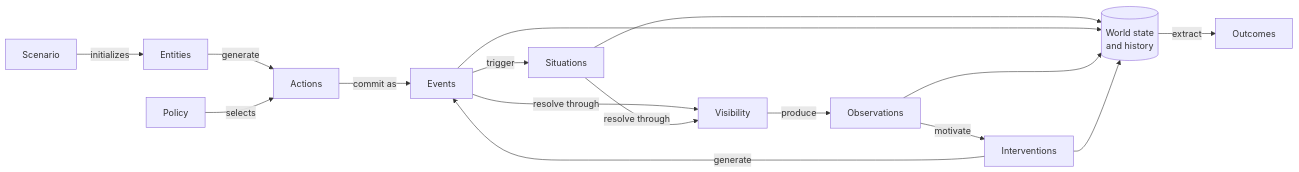
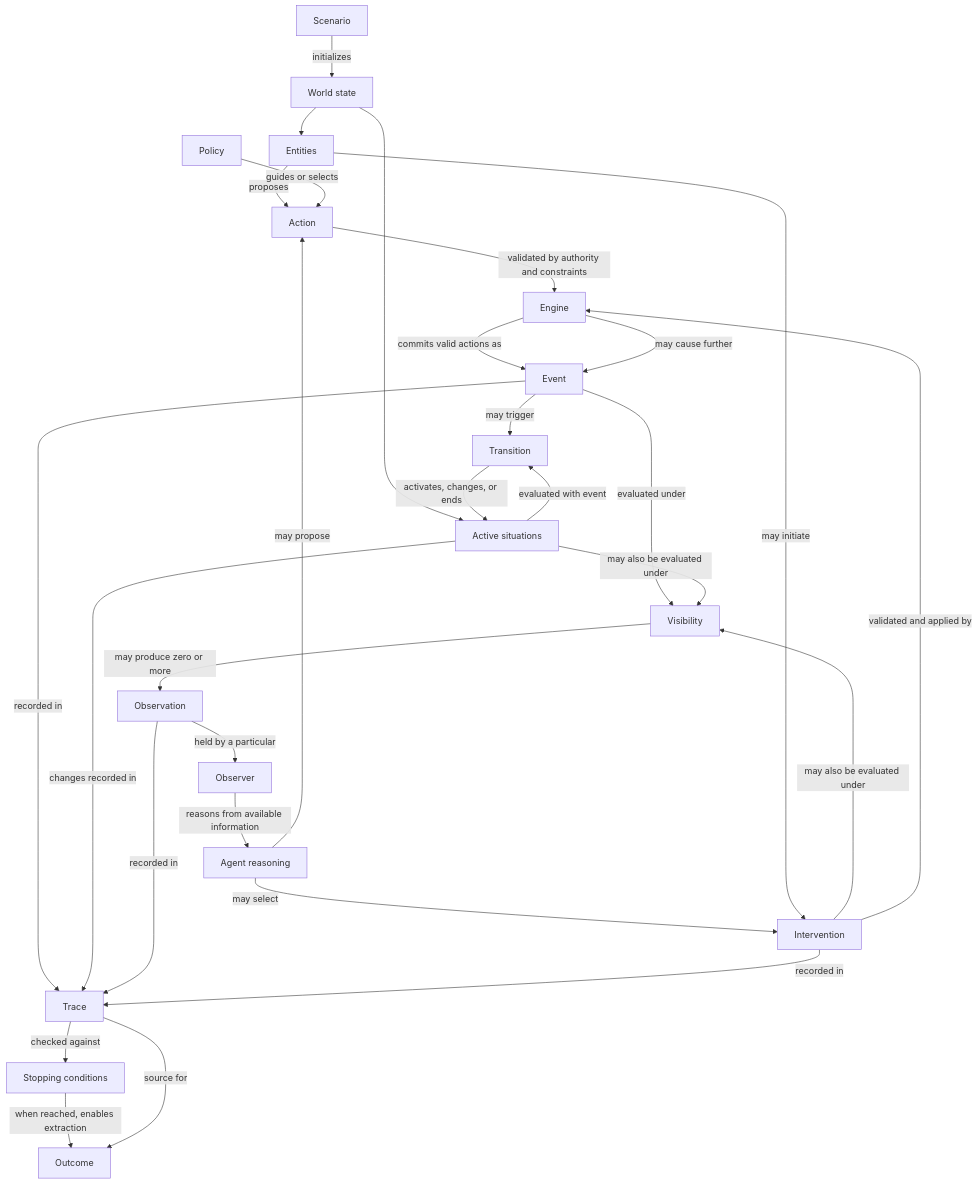
One commit to alfredo-cuesta-i/TUD_LORE_ChildProtection changed the diagram in abstraction/abstraction.md. Above: the diagram before and after it, drawn with Mermaid. The commit also changed other lines of this file and 4 other files, not shown here.

Commit message:
a new scenario for stranger secrecy escalation and a knowledge gap post intervention follow up

````diff
--- a/abstraction/abstraction.md
+++ b/abstraction/abstraction.md
@@ -9,18 +9,34 @@
 ```mermaid
-flowchart LR
-    S[Scenario] -->|initializes| E[Entities]
-    E -->|generate| A[Actions]
-    P[Policy] -->|selects| A
-    A -->|commit as| EV[Events]
-    EV -->|trigger| ST[Situations]
-    EV -->|resolve through| V[Visibility]
-    ST -->|resolve through| V
-    V -->|produce| O[Observations]
-    O -->|motivate| I[Interventions]
-    I -->|generate| EV
-    ST --> H[(World state\nand history)]
-    EV --> H
-    O --> H
-    I --> H
-    H -->|extract| OUT[Outcomes]
+flowchart TD
+    Scenario -->|initializes| WorldState[World state]
+    WorldState --> Entity[Entities]
+    WorldState --> Situation[Initial situations]
+    Entity -->|proposes| Action
+    Policy -->|guides or selects| Action
+    Action -->|validated by authority and constraints| Engine
+    Engine -->|commits valid actions as| Event
+
+    Event -->|may trigger| Transition
+    Situation[Active situations] -->|evaluated with event| Transition
+    Transition -->|activates, changes, or ends| Situation
+
+    Event -->|evaluated under| Visibility
+    Situation -->|may also be evaluated under| Visibility
+    Intervention -->|may also be evaluated under| Visibility
+    Visibility -->|may produce zero or more| Observation
+    Observation -->|held by a particular| Observer[Observer]
+    Observer -->|reasons from available information| Reasoning[Agent reasoning]
+    Reasoning -->|may propose| Action
+    Reasoning -->|may select| Intervention
+    Entity -->|may initiate| Intervention
+    Intervention -->|validated and applied by| Engine
+    Engine -->|may cause further| Event
+
+    Event -->|recorded in| Trace
+    Situation -->|changes recorded in| Trace
+    Observation -->|recorded in| Trace
+    Intervention -->|recorded in| Trace
+    Trace -->|checked against| Stopping[Stopping conditions]
+    Stopping -->|when reached, enables extraction| Outcome
+    Trace -->|source for| Outcome
 ```
````
